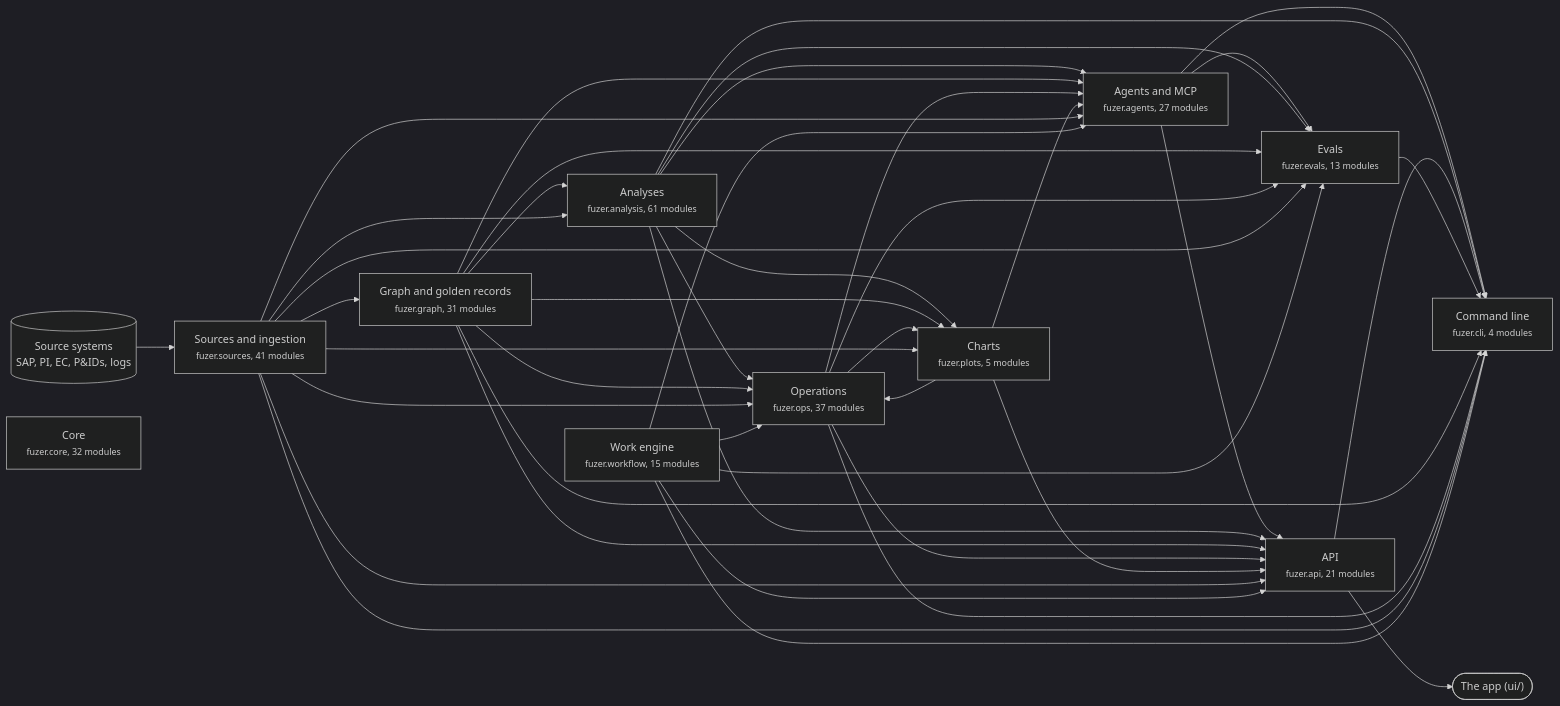
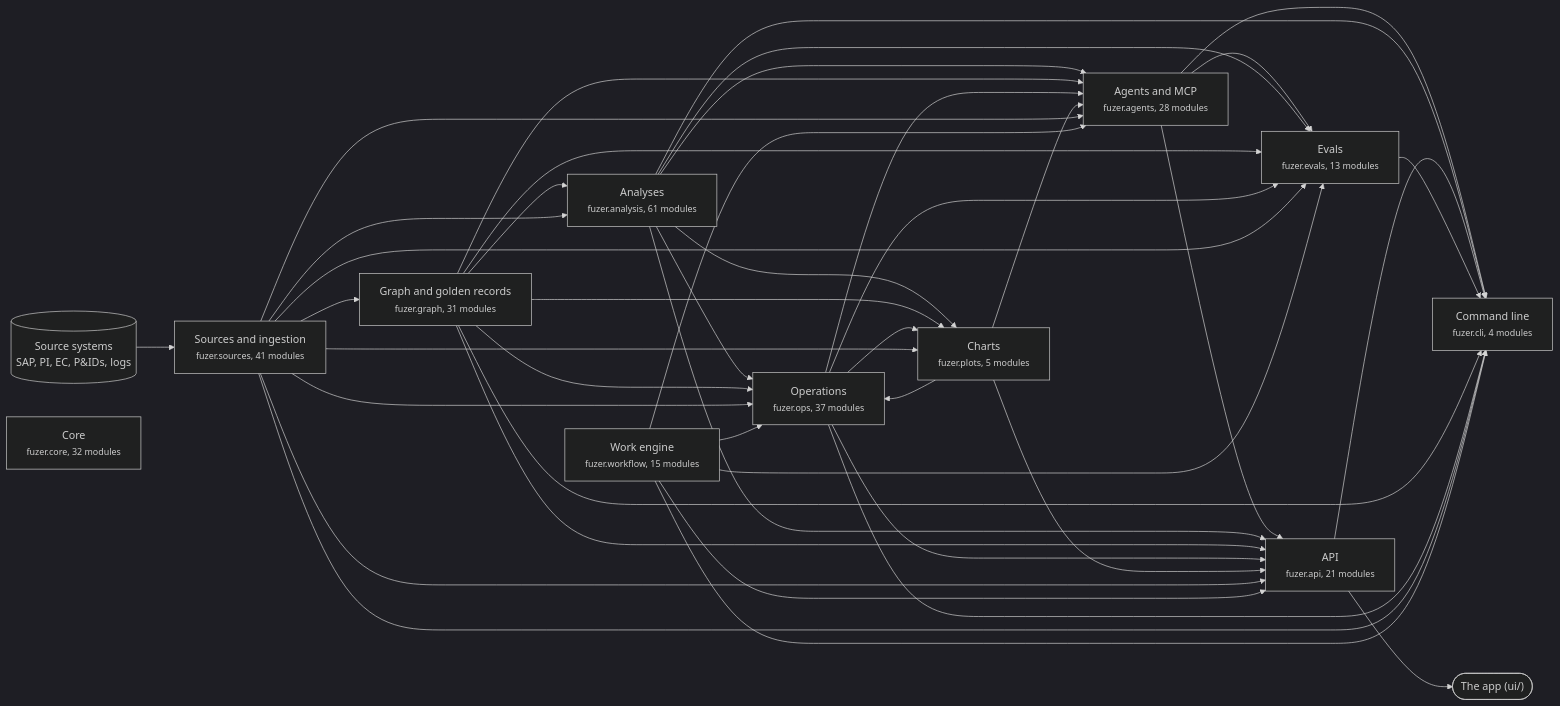
One commit to areed145/fuzer changed the first of 3 diagrams in docs/architecture.md. Above: the diagram before and after it, drawn with Mermaid (dark theme). The commit also changed other lines of this file and 6 other files, not shown here.

````diff
--- a/docs/architecture.md
+++ b/docs/architecture.md
@@ -8,67 +8,67 @@
 ```mermaid
 flowchart LR
   systems[("Source systems<br>SAP, PI, EC, P&IDs, logs")] --> c_sources
   app(["The app (ui/)"])
   c_api --> app
   c_sources["Sources and ingestion<br><small>fuzer.sources, 41 modules</small>"]
   c_graph["Graph and golden records<br><small>fuzer.graph, 31 modules</small>"]
   c_analysis["Analyses<br><small>fuzer.analysis, 61 modules</small>"]
   c_ops["Operations<br><small>fuzer.ops, 37 modules</small>"]
   c_plots["Charts<br><small>fuzer.plots, 5 modules</small>"]
   c_workflow["Work engine<br><small>fuzer.workflow, 15 modules</small>"]
-  c_agents["Agents and MCP<br><small>fuzer.agents, 27 modules</small>"]
+  c_agents["Agents and MCP<br><small>fuzer.agents, 28 modules</small>"]
   c_evals["Evals<br><small>fuzer.evals, 13 modules</small>"]
   c_api["API<br><small>fuzer.api, 21 modules</small>"]
   c_cli["Command line<br><small>fuzer.cli, 4 modules</small>"]
   c_core["Core<br><small>fuzer.core, 32 modules</small>"]
   c_sources --> c_graph
   c_graph --> c_analysis
   c_sources --> c_analysis
   c_analysis --> c_ops
   c_graph --> c_ops
   c_plots --> c_ops
   c_sources --> c_ops
   c_workflow --> c_ops
   c_analysis --> c_plots
   c_graph --> c_plots
   c_ops --> c_plots
   c_sources --> c_plots
   c_analysis --> c_agents
   c_graph --> c_agents
   c_ops --> c_agents
   c_plots --> c_agents
   c_sources --> c_agents
   c_workflow --> c_agents
   c_agents --> c_evals
   c_analysis --> c_evals
   c_graph --> c_evals
   c_ops --> c_evals
   c_sources --> c_evals
   c_workflow --> c_evals
   c_agents --> c_api
   c_analysis --> c_api
   c_graph --> c_api
   c_ops --> c_api
   c_plots --> c_api
   c_sources --> c_api
   c_workflow --> c_api
   c_agents --> c_cli
   c_analysis --> c_cli
   c_api --> c_cli
   c_evals --> c_cli
   c_graph --> c_cli
   c_ops --> c_cli
   c_sources --> c_cli
   c_workflow --> c_cli
   click c_sources "https://github.com/areed145/fuzer/tree/main/src/fuzer/sources"
   click c_graph "https://github.com/areed145/fuzer/tree/main/src/fuzer/graph"
   click c_analysis "https://github.com/areed145/fuzer/tree/main/src/fuzer/analysis"
   click c_ops "https://github.com/areed145/fuzer/tree/main/src/fuzer/ops"
   click c_plots "https://github.com/areed145/fuzer/tree/main/src/fuzer/plots"
   click c_workflow "https://github.com/areed145/fuzer/tree/main/src/fuzer/workflow"
   click c_agents "https://github.com/areed145/fuzer/tree/main/src/fuzer/agents"
   click c_evals "https://github.com/areed145/fuzer/tree/main/src/fuzer/evals"
   click c_api "https://github.com/areed145/fuzer/tree/main/src/fuzer/api"
   click c_cli "https://github.com/areed145/fuzer/tree/main/src/fuzer/cli"
   click c_core "https://github.com/areed145/fuzer/tree/main/src/fuzer/core"
 ```
````
